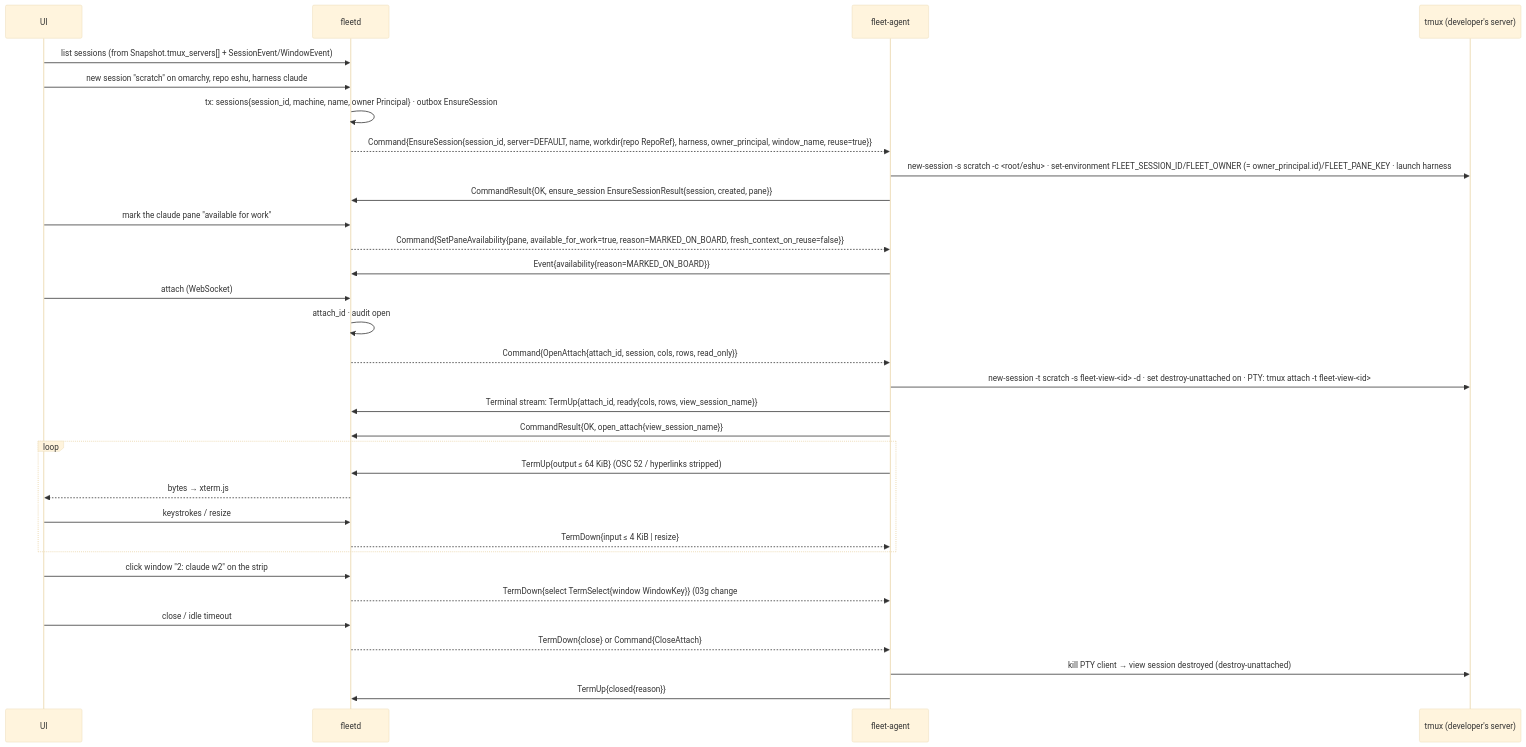
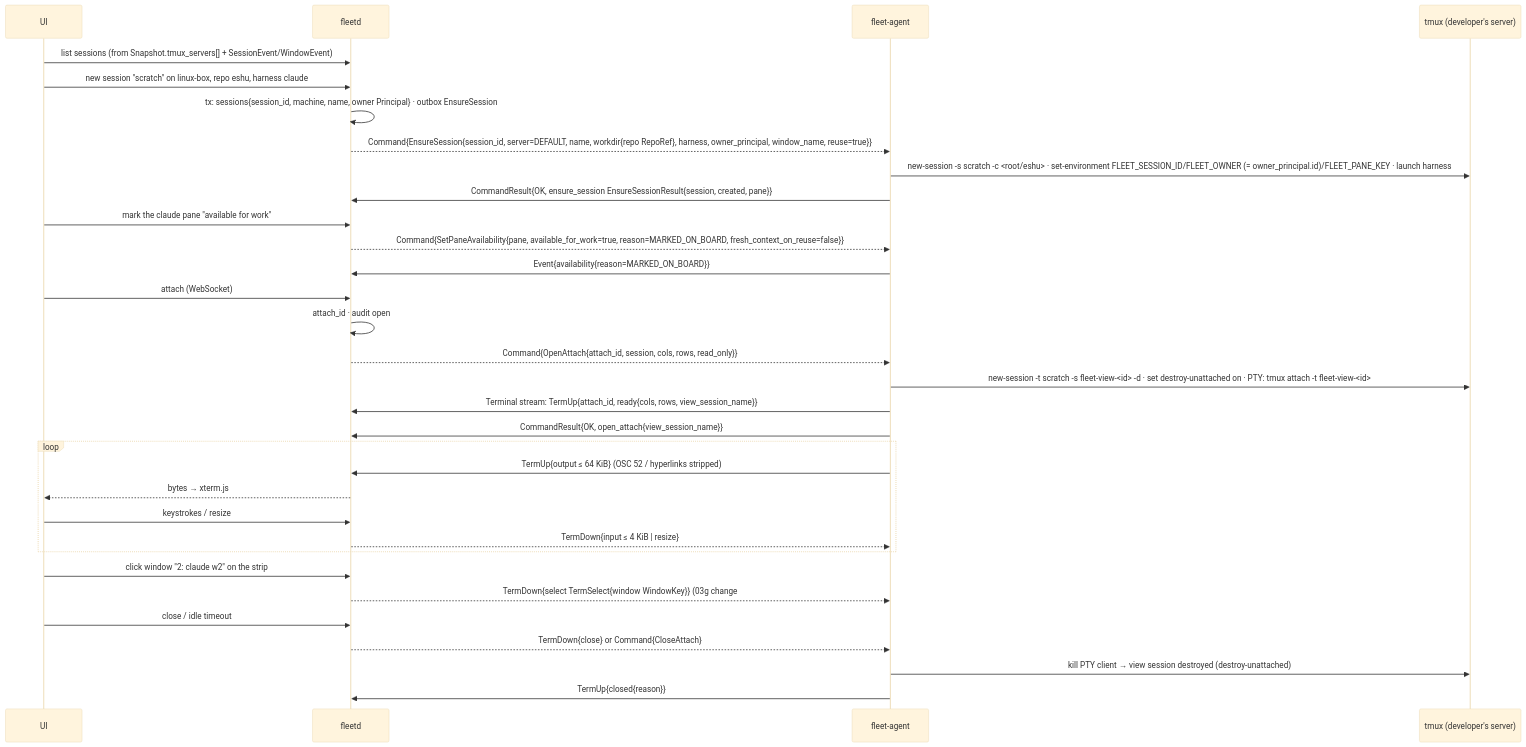
Before and after one commit to linuxdynasty/fleet-board: the fourth of 6 diagrams in docs/specs/03d-triage-sessions-logs.md, drawn with Mermaid (base theme). The commit also changed 45 other files, not shown here.

````diff
--- a/docs/specs/03d-triage-sessions-logs.md
+++ b/docs/specs/03d-triage-sessions-logs.md
@@ -186,34 +186,34 @@
 ```mermaid
 sequenceDiagram
   participant U as UI
   participant H as fleetd
   participant A as fleet-agent
   participant T as tmux (developer's server)
   U->>H: list sessions (from Snapshot.tmux_servers[] + SessionEvent/WindowEvent)
-  U->>H: new session "scratch" on omarchy, repo eshu, harness claude
+  U->>H: new session "scratch" on linux-box, repo eshu, harness claude
   H->>H: tx: sessions{session_id, machine, name, owner Principal} · outbox EnsureSession
   H-->>A: Command{EnsureSession{session_id, server=DEFAULT, name, workdir{repo RepoRef}, harness, owner_principal, window_name, reuse=true}}
   A->>T: new-session -s scratch -c <root/eshu> · set-environment FLEET_SESSION_ID/FLEET_OWNER (= owner_principal.id)/FLEET_PANE_KEY · launch harness
   A->>H: CommandResult{OK, ensure_session EnsureSessionResult{session, created, pane}}
   U->>H: mark the claude pane "available for work"
   H-->>A: Command{SetPaneAvailability{pane, available_for_work=true, reason=MARKED_ON_BOARD, fresh_context_on_reuse=false}}
   A->>H: Event{availability{reason=MARKED_ON_BOARD}}
   U->>H: attach (WebSocket)
   H->>H: attach_id · audit open
   H-->>A: Command{OpenAttach{attach_id, session, cols, rows, read_only}}
   A->>T: new-session -t scratch -s fleet-view-<id> -d · set destroy-unattached on · PTY: tmux attach -t fleet-view-<id>
   A->>H: Terminal stream: TermUp{attach_id, ready{cols, rows, view_session_name}}
   A->>H: CommandResult{OK, open_attach{view_session_name}}
   loop
     A->>H: TermUp{output ≤ 64 KiB} (OSC 52 / hyperlinks stripped)
     H-->>U: bytes → xterm.js
     U->>H: keystrokes / resize
     H-->>A: TermDown{input ≤ 4 KiB | resize}
   end
   U->>H: click window "2: claude w2" on the strip
   H-->>A: TermDown{select TermSelect{window WindowKey}} (03g change #2, applied)
   U->>H: close / idle timeout
   H-->>A: TermDown{close} or Command{CloseAttach}
   A->>T: kill PTY client → view session destroyed (destroy-unattached)
   A->>H: TermUp{closed{reason}}
 ```
````
